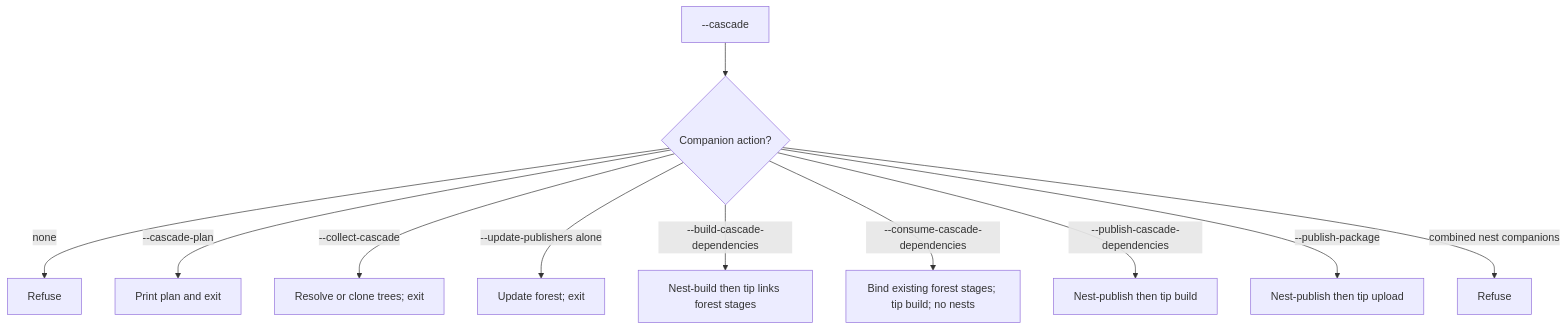
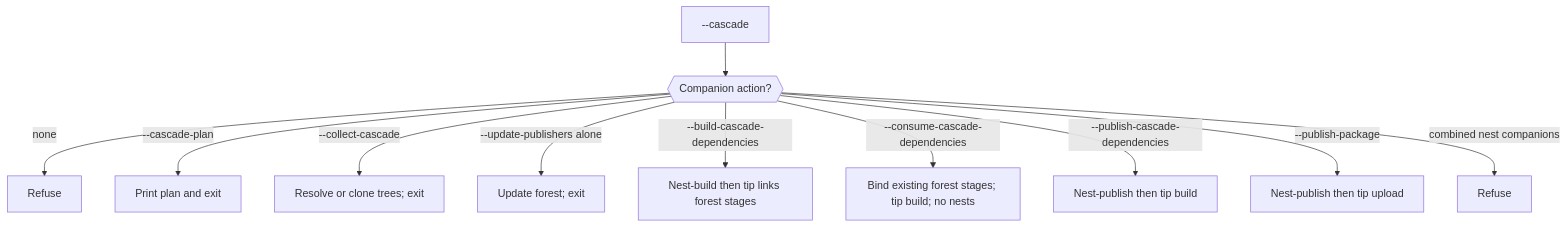
Before and after one commit to ja11sop/cuppa: the first of 4 diagrams in docs/modules/ROOT/pages/dependencies/publishing/cascade.adoc, drawn with Mermaid. The commit also changed other lines of this file and 32 other files, not shown here.

```diff
--- a/docs/modules/ROOT/pages/dependencies/publishing/cascade.adoc
+++ b/docs/modules/ROOT/pages/dependencies/publishing/cascade.adoc
@@ -140,15 +140,15 @@
 [mermaid]
 ....
 flowchart TD
   enable["--cascade"]
-  enable --> choose{Companion action?}
+  enable --> choose{{Companion action?}}
   choose -->|none| refuse[Refuse]
   choose -->|--cascade-plan| plan[Print plan and exit]
   choose -->|--collect-cascade| collect[Resolve or clone trees; exit]
   choose -->|--update-publishers alone| update[Update forest; exit]
   choose -->|--build-cascade-dependencies| nestBuildOnly[Nest-build then tip links forest stages]
   choose -->|--consume-cascade-dependencies| bindOnly[Bind existing forest stages; tip build; no nests]
   choose -->|--publish-cascade-dependencies| nestPublishBuild[Nest-publish then tip build]
   choose -->|--publish-package| nestUpload[Nest-publish then tip upload]
   choose -->|combined nest companions| refuseBoth[Refuse]
 ....
```
